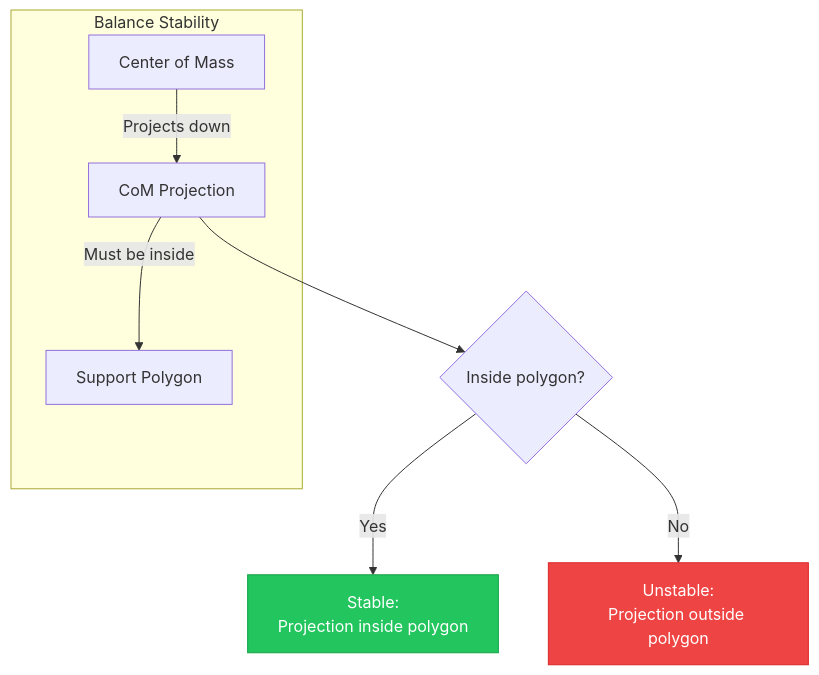
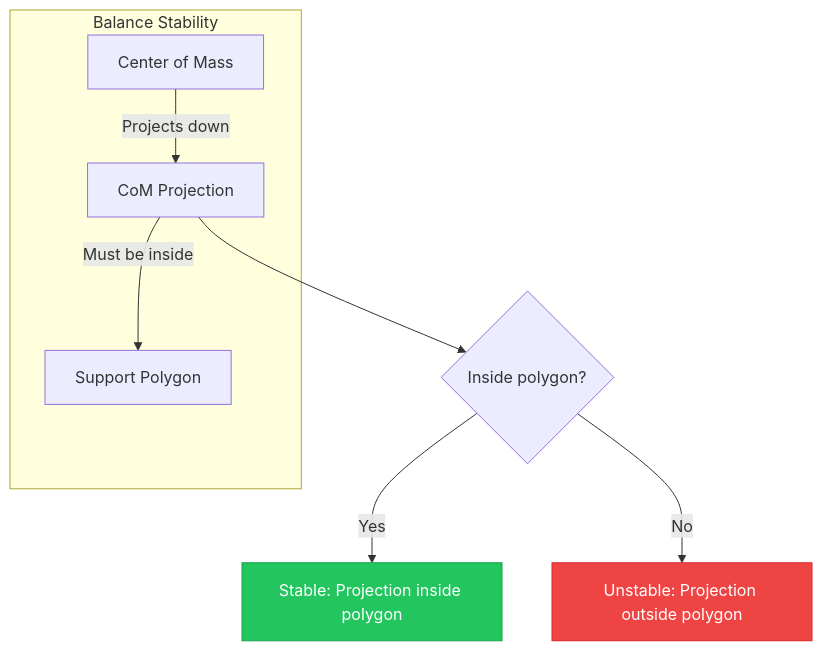
Before and after one commit to shakir-hussain1/physical-AI-and-humanoid-robotics-textbook-by-shakir-hussain: the fourth of 5 diagrams in docs/modules/module-2-digital-twin/chapter-06-gazebo.md, drawn with Mermaid. The commit also changed other lines of this file and 17 other files, not shown here.

Commit message:
fix: Remove br tags from Mermaid diagrams causing parse errors

````diff
--- a/docs/modules/module-2-digital-twin/chapter-06-gazebo.md
+++ b/docs/modules/module-2-digital-twin/chapter-06-gazebo.md
@@ -374,21 +374,21 @@
 ```mermaid
 flowchart TD
     subgraph Balance["Balance Stability"]
         COM[Center of Mass]
         PROJ[CoM Projection]
         SUPPORT[Support Polygon]
     end
 
     COM -->|Projects down| PROJ
     PROJ -->|Must be inside| SUPPORT
 
-    STABLE[Stable:<br/>Projection inside polygon]
-    UNSTABLE[Unstable:<br/>Projection outside polygon]
+    STABLE[Stable: Projection inside polygon]
+    UNSTABLE[Unstable: Projection outside polygon]
 
     PROJ --> CHECK{Inside polygon?}
     CHECK -->|Yes| STABLE
     CHECK -->|No| UNSTABLE
 
     style STABLE fill:#22c55e,stroke:#16a34a,color:#fff
     style UNSTABLE fill:#ef4444,stroke:#dc2626,color:#fff
 ```
````
